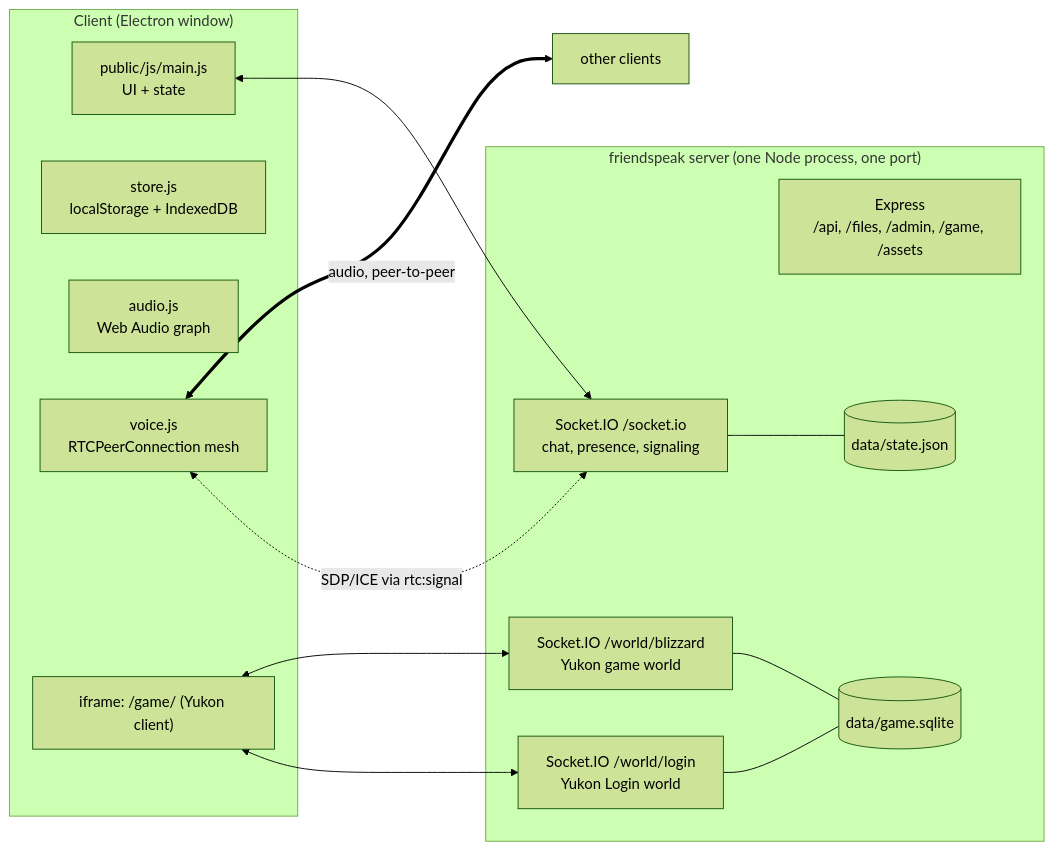
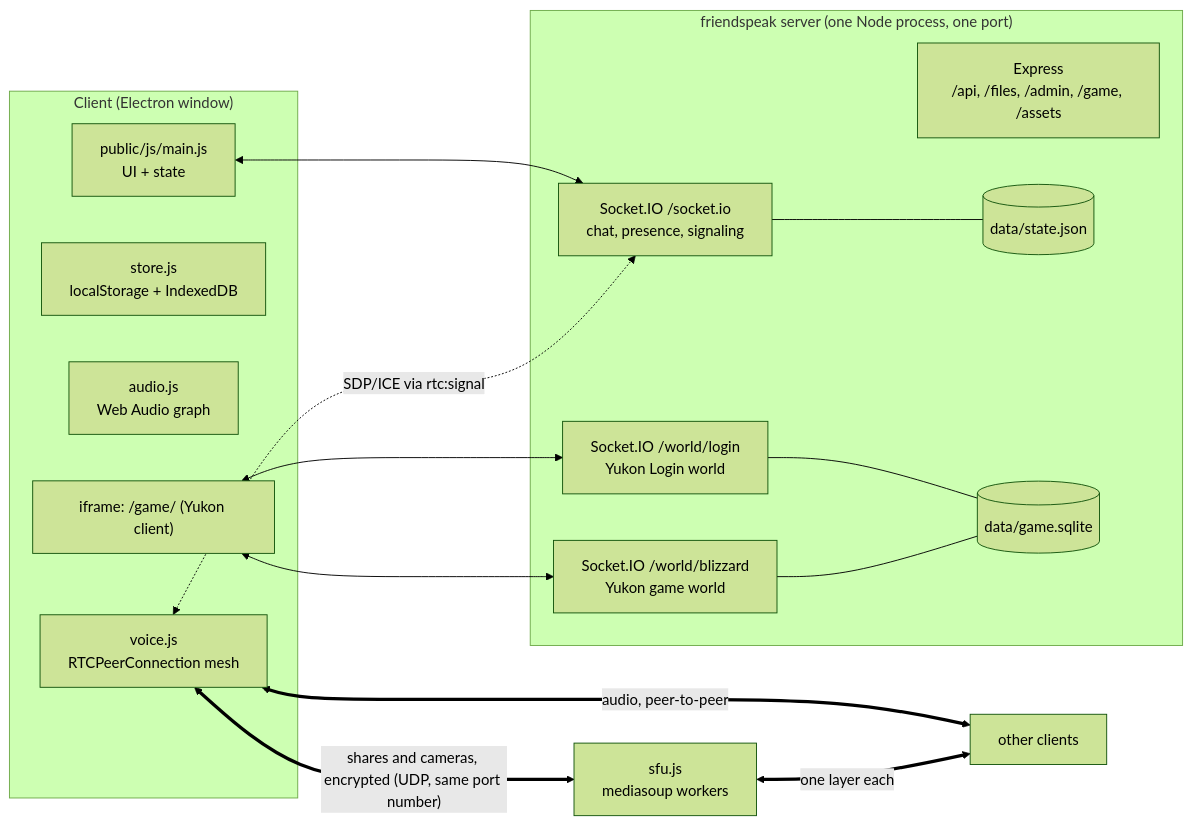
Before and after one commit to nickolaiposs/friendspeak: the first of 3 diagrams in docs/ARCHITECTURE.md, drawn with Mermaid (forest theme). The commit also changed other lines of this file and 12 other files, not shown here.

````diff
--- a/docs/ARCHITECTURE.md
+++ b/docs/ARCHITECTURE.md
@@ -7,28 +7,30 @@
 ```mermaid
 flowchart LR
   subgraph Client["Client (Electron window)"]
     UI["public/js/main.js<br/>UI + state"]
     Store["store.js<br/>localStorage + IndexedDB"]
     Audio["audio.js<br/>Web Audio graph"]
     Voice["voice.js<br/>RTCPeerConnection mesh"]
     GameFrame["iframe: /game/ (Yukon client)"]
   end
 
   subgraph Server["friendspeak server (one Node process, one port)"]
     Express["Express<br/>/api, /files, /admin, /game, /assets"]
     IO["Socket.IO /socket.io<br/>chat, presence, signaling"]
     LoginW["Socket.IO /world/login<br/>Yukon Login world"]
     GameW["Socket.IO /world/blizzard<br/>Yukon game world"]
     State[("data/state.json")]
     DB[("data/game.sqlite")]
   end
 
   UI <--> IO
   Voice <-. "SDP/ICE via rtc:signal" .-> IO
   Voice <== "audio, peer-to-peer" ==> OtherPeers["other clients"]
+  Voice <== "shares and cameras, encrypted (UDP, same port number)" ==> SFU["sfu.js<br/>mediasoup workers"]
+  SFU <== "one layer each" ==> OtherPeers
   GameFrame <--> LoginW
   GameFrame <--> GameW
   IO --- State
   LoginW --- DB
   GameW --- DB
 ```
````
